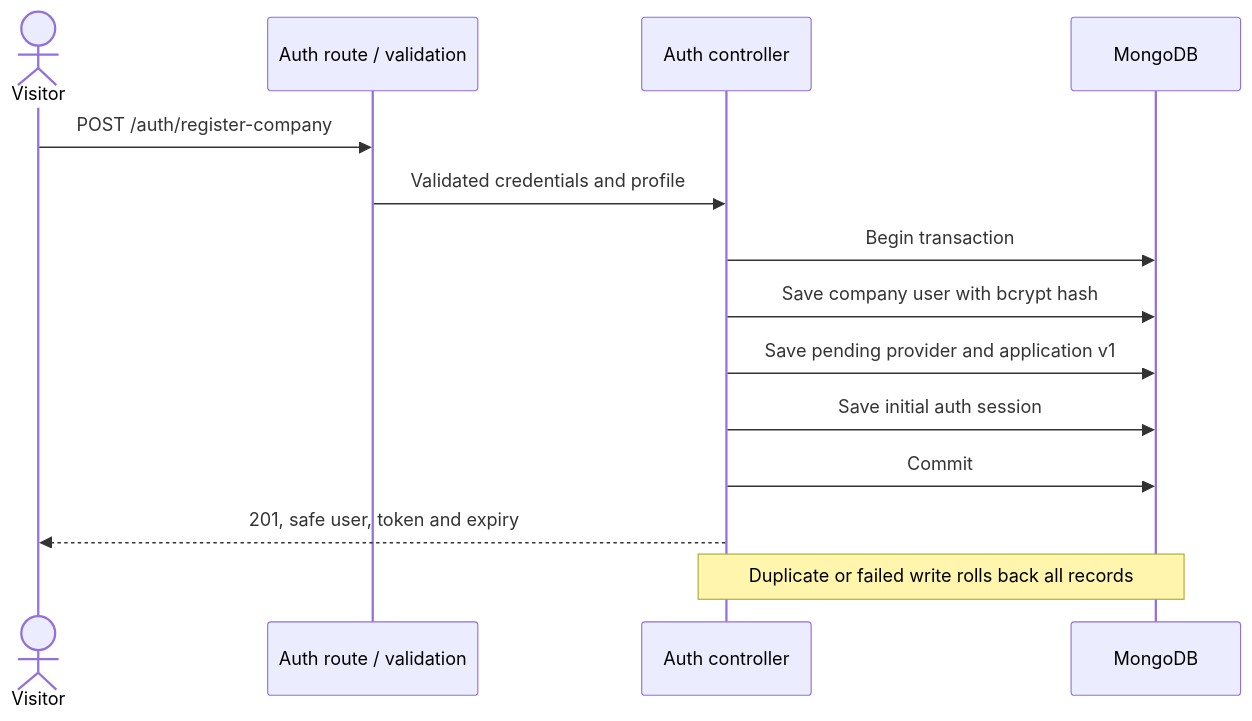
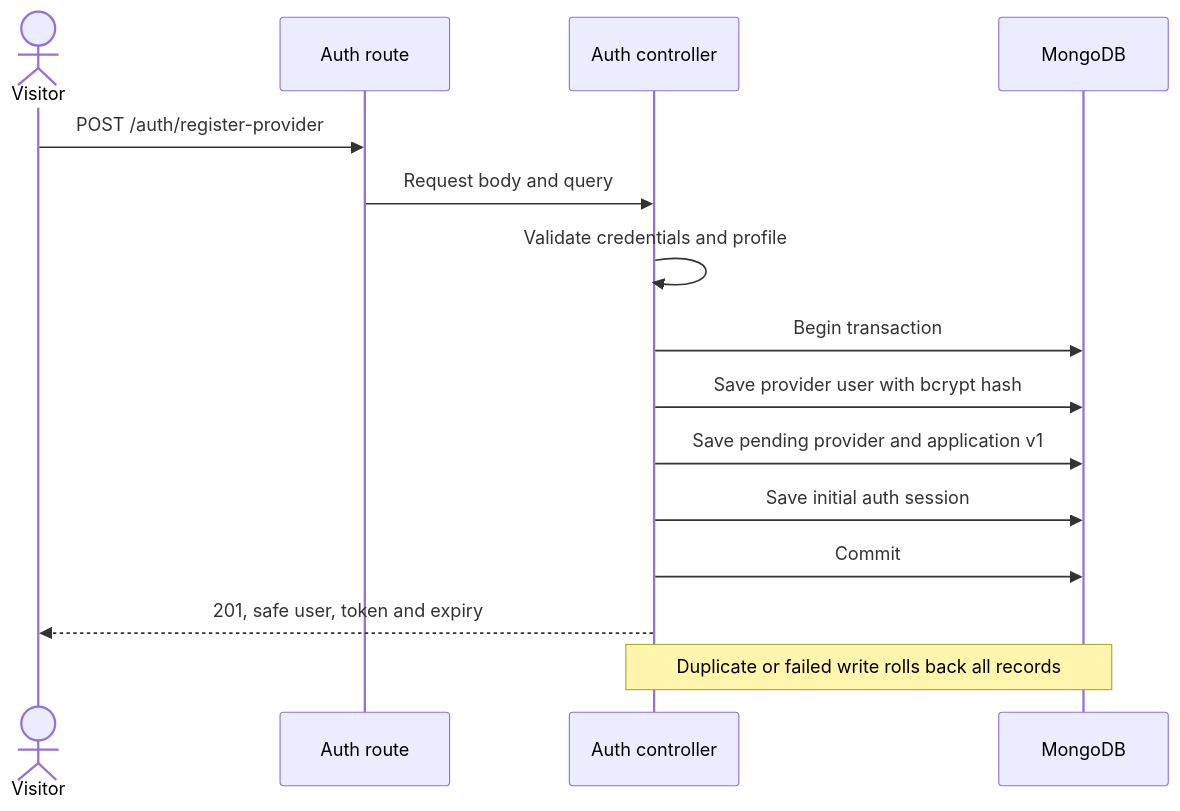
One commit to kormuyang/swdevprac1-project-dobby changed the first of 2 diagrams in docs/diagrams/a01-auth.md. Above: the diagram before and after it, drawn with Mermaid. The commit also changed other lines of this file and 60 other files, not shown here.

````diff
--- a/docs/diagrams/a01-auth.md
+++ b/docs/diagrams/a01-auth.md
@@ -15,16 +15,17 @@
 ```mermaid
 sequenceDiagram
     actor Visitor
-    participant Route as Auth route / validation
+    participant Route as Auth route
     participant Service as Auth controller
     participant DB as MongoDB
-    Visitor->>Route: POST /auth/register-company
-    Route->>Service: Validated credentials and profile
+    Visitor->>Route: POST /auth/register-provider
+    Route->>Service: Request body and query
+    Service->>Service: Validate credentials and profile
     Service->>DB: Begin transaction
-    Service->>DB: Save company user with bcrypt hash
+    Service->>DB: Save provider user with bcrypt hash
     Service->>DB: Save pending provider and application v1
     Service->>DB: Save initial auth session
     Service->>DB: Commit
     Service-->>Visitor: 201, safe user, token and expiry
     Note over Service,DB: Duplicate or failed write rolls back all records
 ```
````
